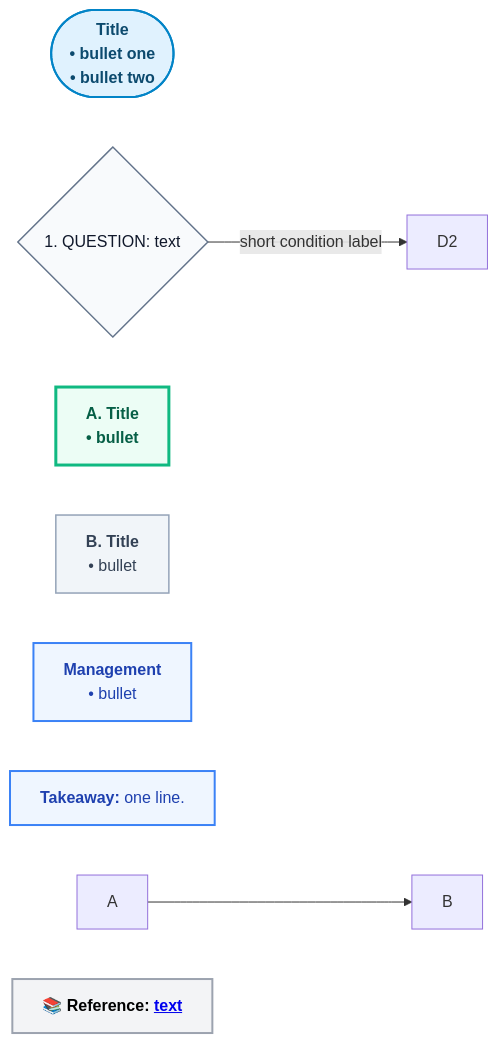
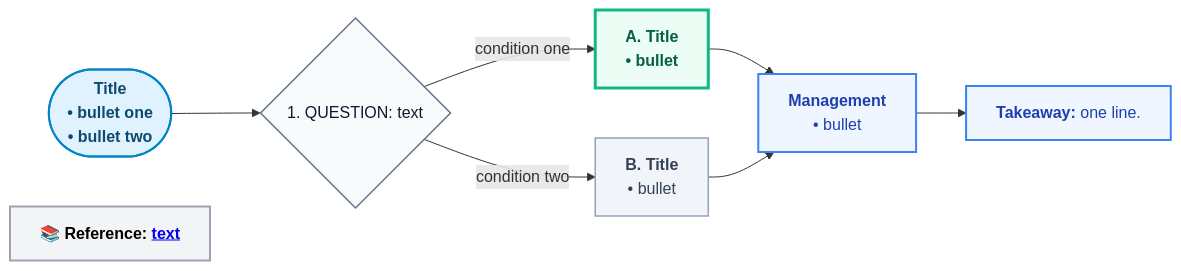
The diagram in cards/STYLE_TARGET.mmd (drsku6/flowcheck), drawn with Mermaid before and after one commit. The commit also changed 32 other files, not shown here.

```diff
--- a/cards/STYLE_TARGET.mmd
+++ b/cards/STYLE_TARGET.mmd
@@ -1,20 +1,24 @@
 flowchart LR
     classDef startNode fill:#e0f2fe,stroke:#0284c7,stroke-width:2px,color:#0c4a6e,font-weight:bold
     classDef safetyNode fill:#fef2f2,stroke:#ef4444,stroke-width:2px,color:#991b1b
     classDef decisionNode fill:#f8fafc,stroke:#64748b,stroke-width:1.5px,color:#0f172a
     classDef targetDx fill:#ecfdf5,stroke:#10b981,stroke-width:3px,color:#065f46,font-weight:bold
     classDef altDx fill:#f1f5f9,stroke:#94a3b8,stroke-width:1.5px,color:#334155
     classDef dispoNode fill:#eff6ff,stroke:#3b82f6,stroke-width:2px,color:#1e40af
     classDef section fill:#f3f4f6,stroke:#9ca3af,stroke-width:2px,color:#000,font-weight:bold;
     START(["<b>Title</b><br/>• bullet one<br/>• bullet two"]):::startNode
     D1{"1. QUESTION: text"}:::decisionNode
     OA["<b>A. Title</b><br/>• bullet"]:::targetDx
     OB["<b>B. Title</b><br/>• bullet"]:::altDx
     DISPO["<b>Management</b><br/>• bullet"]:::dispoNode
     TAKE["<b>Takeaway:</b> one line."]:::dispoNode
-    D1 -->|"short condition label"| D2
-    A --> B
+    START --> D1
+    D1 -->|"condition one"| OA
+    D1 -->|"condition two"| OB
+    OA --> DISPO
+    OB --> DISPO
+    DISPO --> TAKE
     %% CLAIM C1 | <verbatim sentence from source> | NODEID
     %% REFS-BEGIN
     REFS["📚 Reference: <a href='URL'>text</a>"]:::section
     %% REFS-END
```
